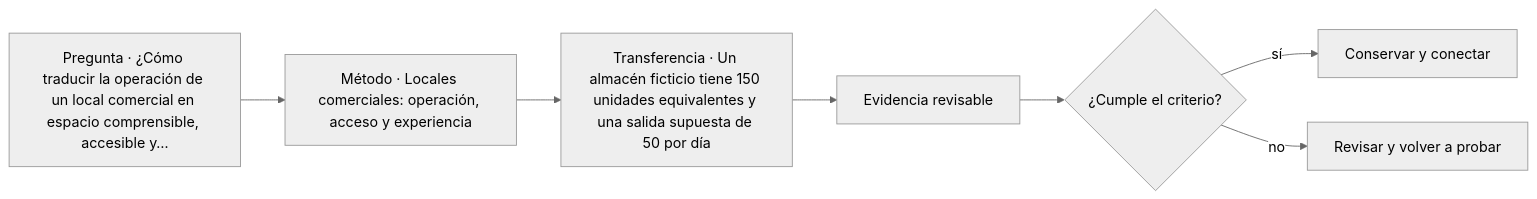
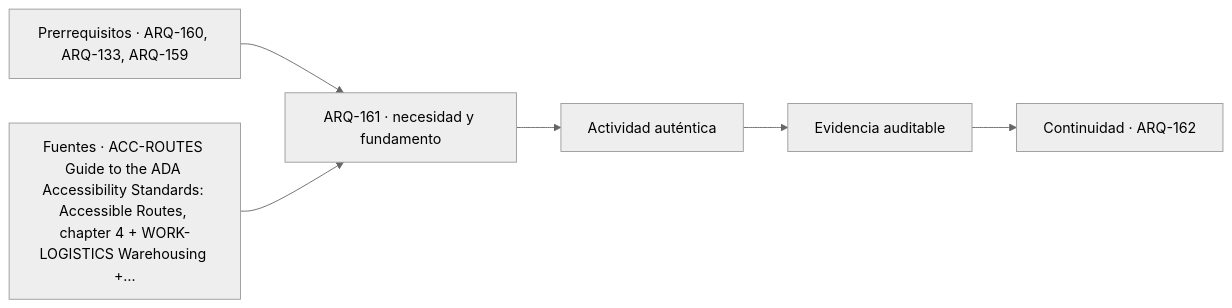
Before and after one commit to vladimiracunadev-create/architecture-built-environment-learning-program: the diagram in classes/parte-17/ARQ-161.md, drawn with Mermaid (neutral theme). The commit also changed other lines of this file and 761 other files, not shown here.

````diff
--- a/classes/parte-17/ARQ-161.md
+++ b/classes/parte-17/ARQ-161.md
@@ -115,9 +127,8 @@
 ```mermaid
 flowchart LR
-    Q["Pregunta · ¿Cómo traducir la operación de un local comercial en espacio comprensible, accesible y…"] --> M["Método · Locales comerciales: operación, acceso y experiencia"]
-    M --> P["Transferencia · Un almacén ficticio tiene 150 unidades equivalentes y una salida supuesta de 50 por día"]
-    P --> E["Evidencia revisable"]
-    E --> C{"¿Cumple el criterio?"}
-    C -->|sí| T["Conservar y conectar"]
-    C -->|no| R["Revisar y volver a probar"]
+    A["Prerrequisitos · ARQ-160, ARQ-133, ARQ-159"] --> B["ARQ-161 · necesidad y fundamento"]
+    S["Fuentes · ACC-ROUTES Guide to the ADA Accessibility Standards: Accessible Routes, chapter 4 + WORK-LOGISTICS Warehousing +…"] --> B
+    B --> C["Actividad auténtica"]
+    C --> D["Evidencia auditable"]
+    D --> E["Continuidad · ARQ-162"]
 ```
````
